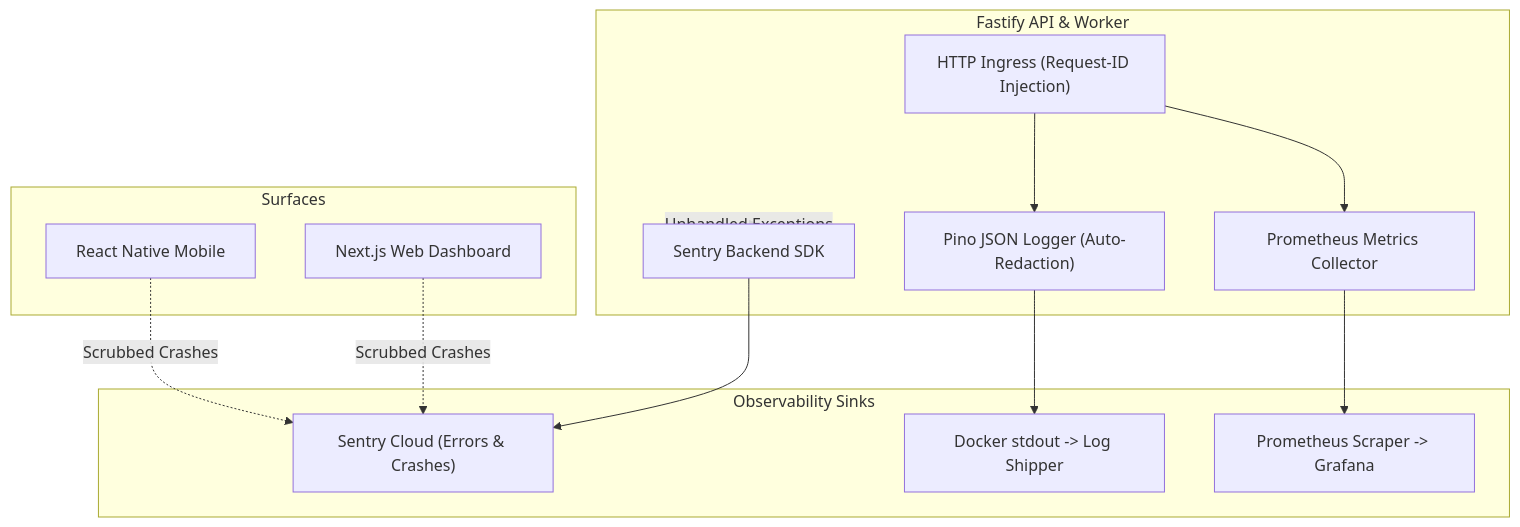
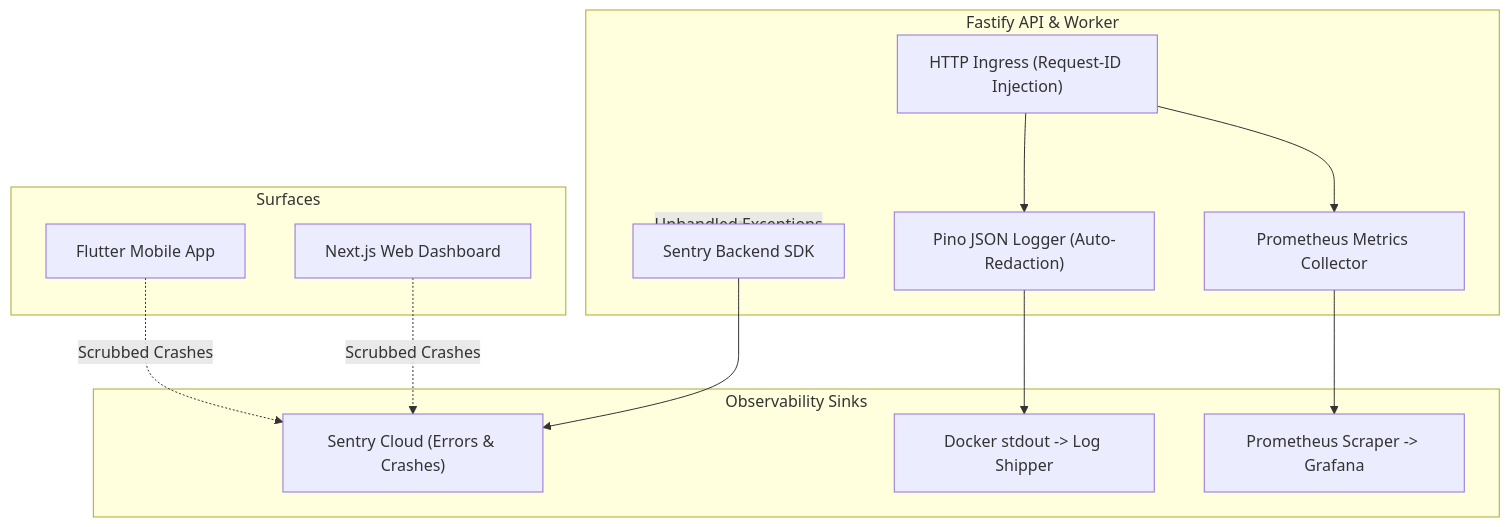
The diagram in docs/architecture/ADR-016-observability.md (djsushilkumar/oprino), drawn with Mermaid before and after one commit. The commit also changed other lines of this file and 151 other files, not shown here.

Commit message:
chore: freeze Flutter architecture and Phase 01B baseline

````diff
--- a/docs/architecture/ADR-016-observability.md
+++ b/docs/architecture/ADR-016-observability.md
@@ -65,26 +65,26 @@
 ```mermaid
 flowchart TD
     subgraph Clients["Surfaces"]
-        MOB["React Native Mobile"]
+        MOB["Flutter Mobile App"]
         WEB["Next.js Web Dashboard"]
     end
 
     subgraph API["Fastify API & Worker"]
         REQ["HTTP Ingress (Request-ID Injection)"]
         LOG["Pino JSON Logger (Auto-Redaction)"]
         METRICS["Prometheus Metrics Collector"]
         SENTRY_NODE["Sentry Backend SDK"]
     end
 
     subgraph ObservabilitySinks["Observability Sinks"]
         SENTRY_CLOUD["Sentry Cloud (Errors & Crashes)"]
         STDOUT["Docker stdout -> Log Shipper"]
         PROM["Prometheus Scraper -> Grafana"]
     end
 
     MOB & WEB -.->|Scrubbed Crashes| SENTRY_CLOUD
     REQ --> LOG & METRICS
     API -.->|Unhandled Exceptions| SENTRY_NODE --> SENTRY_CLOUD
     LOG --> STDOUT
     METRICS --> PROM
 ```
````
